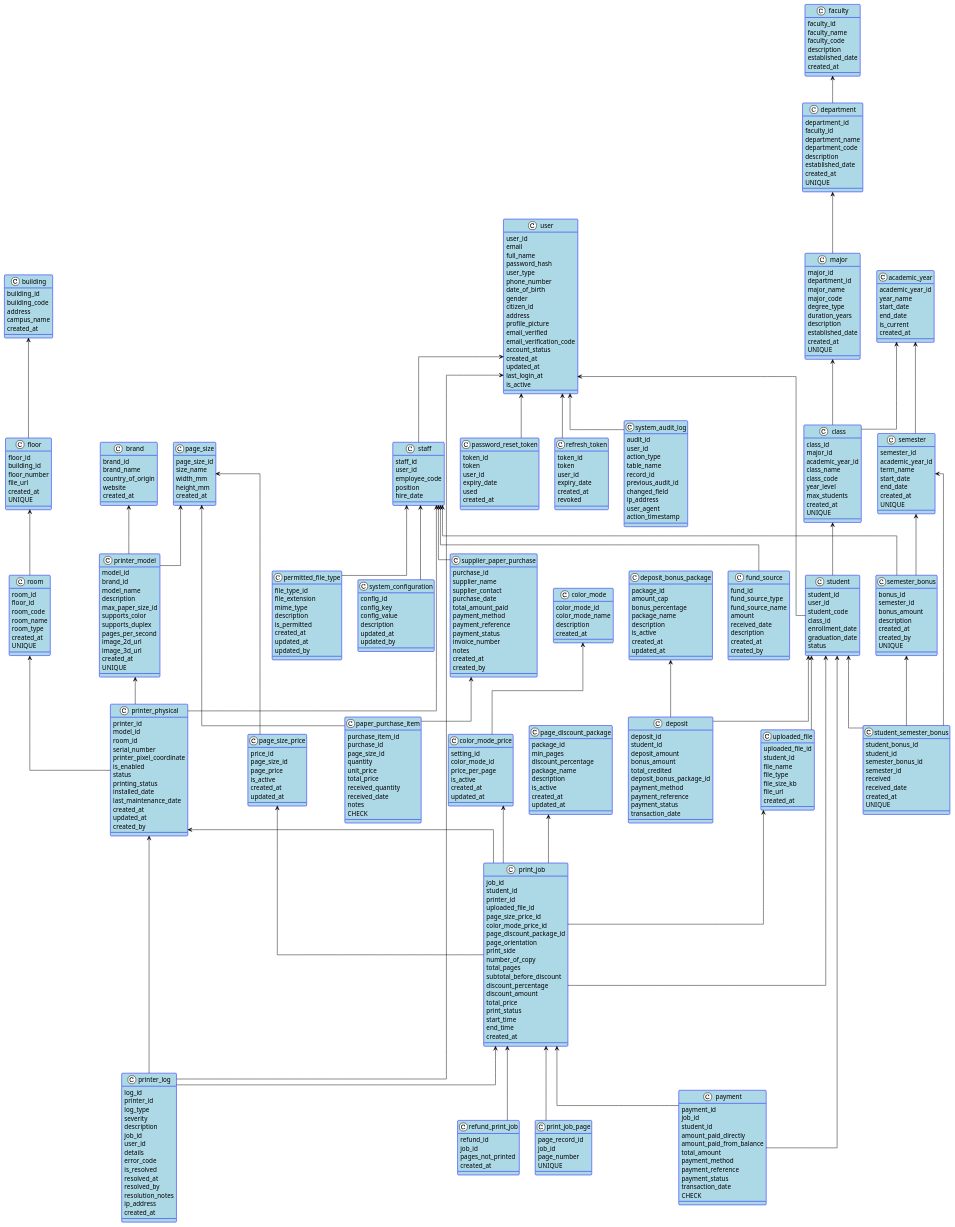
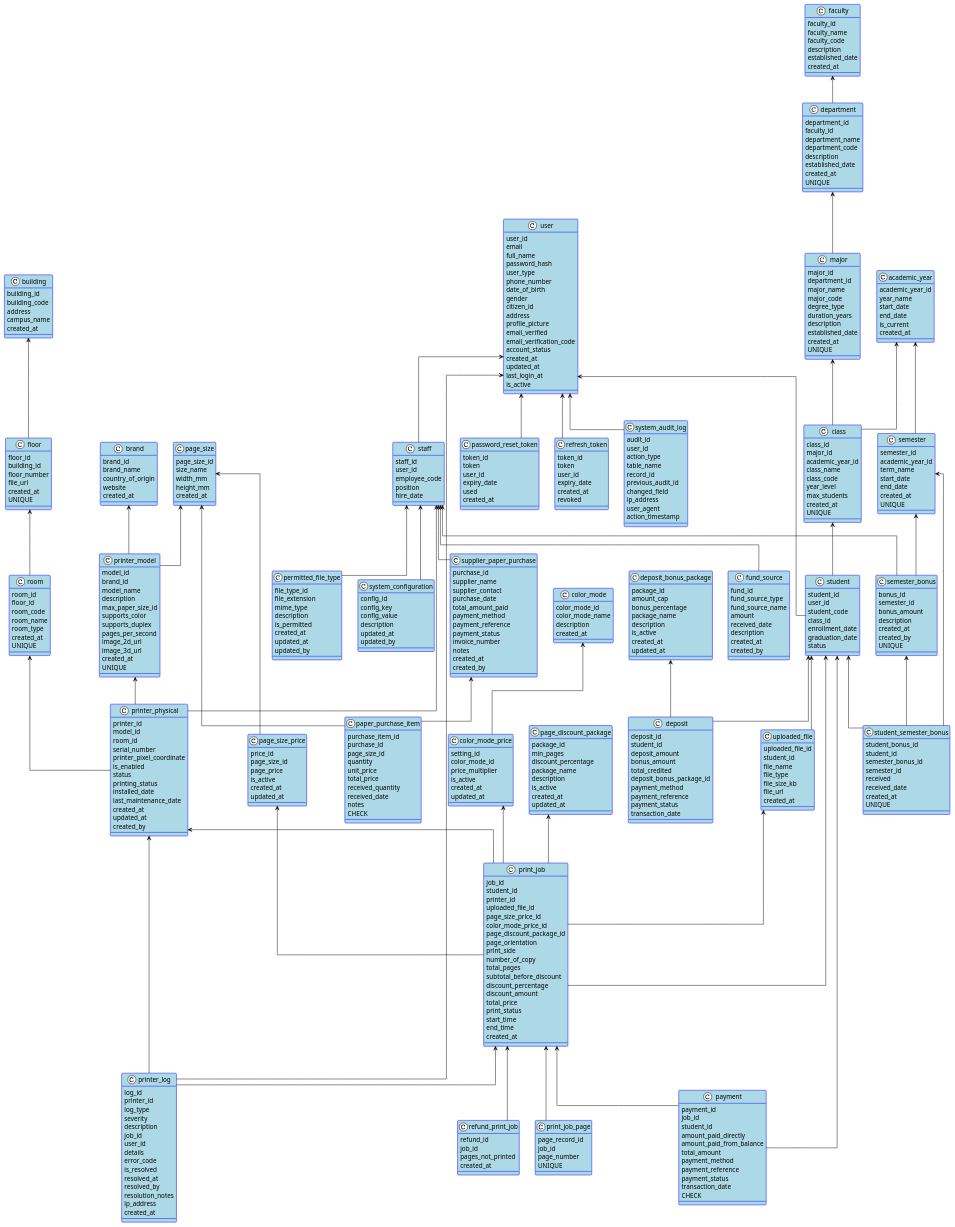
Before and after one commit to WilliamChristopherAlt/PrintingServiceDB: the diagram in visualize/db_diagram.puml, drawn with PlantUML. The commit also changed 45 other files, not shown here.

```diff
--- a/visualize/db_diagram.puml
+++ b/visualize/db_diagram.puml
@@ -203,7 +203,7 @@
 class color_mode_price {
   setting_id
   color_mode_id
-  price_per_page
+  price_multiplier
   is_active
   created_at
   updated_at
```
